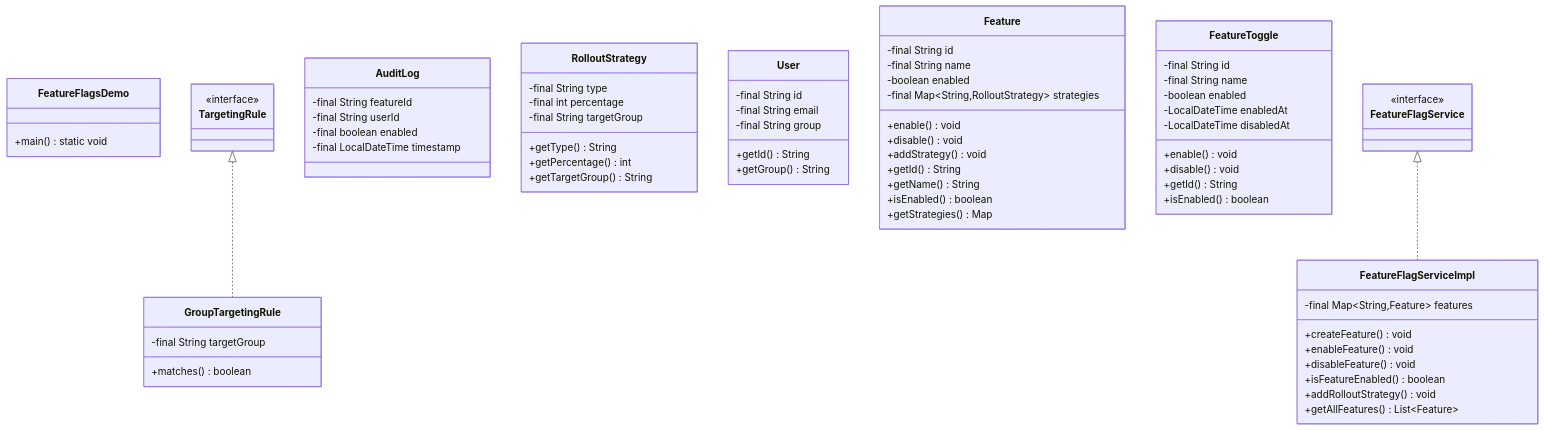
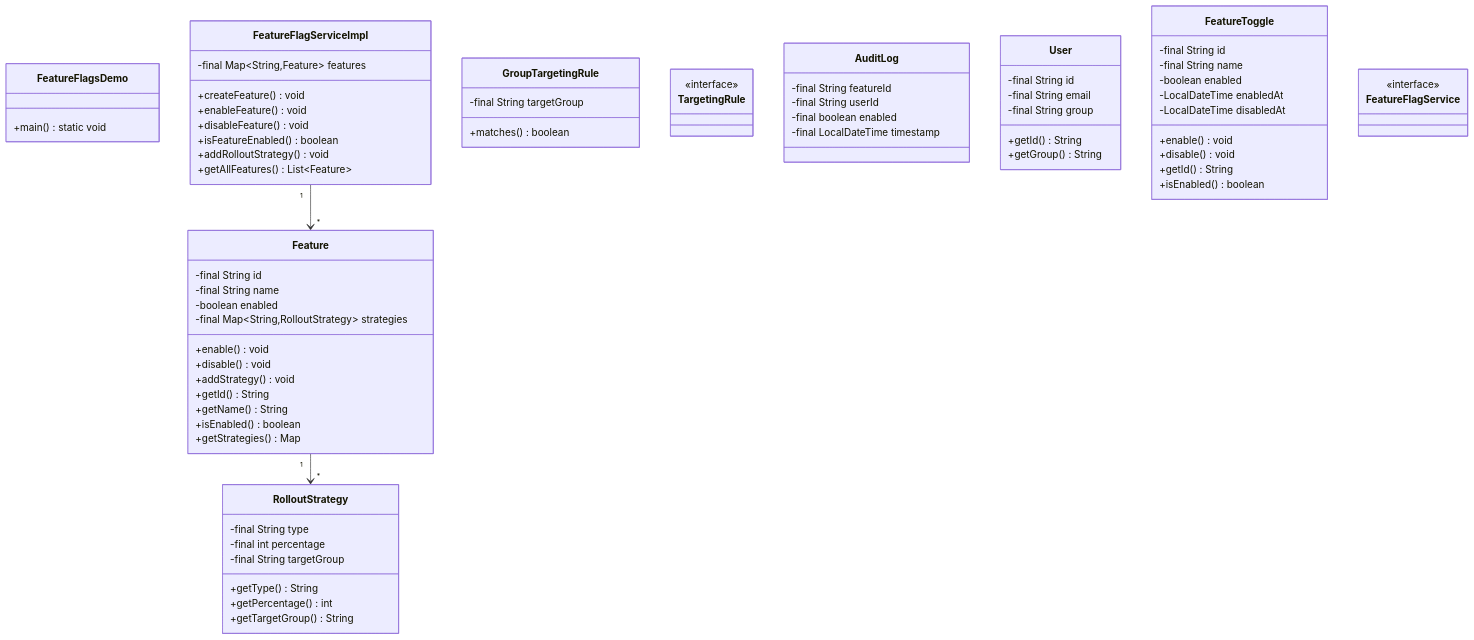
The diagram in docs/problems/featureflags/README.md (dlkr18/lld-playbook), drawn with Mermaid before and after one commit. The commit also changed 119 other files, not shown here.

First line of the commit message:
feat: add comprehensive relationships to all class diagrams

````diff
--- a/docs/problems/featureflags/README.md
+++ b/docs/problems/featureflags/README.md
@@ -79,81 +79,81 @@
 ```mermaid
 classDiagram
 
     class FeatureFlagsDemo {
         +main() static void
     }
 
     class FeatureFlagServiceImpl {
         -final Map~String,Feature~ features
         +createFeature() void
         +enableFeature() void
         +disableFeature() void
         +isFeatureEnabled() boolean
         +addRolloutStrategy() void
         +getAllFeatures() List~Feature~
     }
 
     class GroupTargetingRule {
         -final String targetGroup
         +matches() boolean
     }
 
     class TargetingRule
     <<interface>> TargetingRule
 
     class AuditLog {
         -final String featureId
         -final String userId
         -final boolean enabled
         -final LocalDateTime timestamp
     }
 
     class RolloutStrategy {
         -final String type
         -final int percentage
         -final String targetGroup
         +getType() String
         +getPercentage() int
         +getTargetGroup() String
     }
 
     class User {
         -final String id
         -final String email
         -final String group
         +getId() String
         +getGroup() String
     }
 
     class Feature {
         -final String id
         -final String name
         -boolean enabled
         -final Map~String,RolloutStrategy~ strategies
         +enable() void
         +disable() void
         +addStrategy() void
         +getId() String
         +getName() String
         +isEnabled() boolean
         +getStrategies() Map<String, RolloutStrategy>
     }
 
     class FeatureToggle {
         -final String id
         -final String name
         -boolean enabled
         -LocalDateTime enabledAt
         -LocalDateTime disabledAt
         +enable() void
         +disable() void
         +getId() String
         +isEnabled() boolean
     }
 
     class FeatureFlagService
     <<interface>> FeatureFlagService
 
-    FeatureFlagService <|.. FeatureFlagServiceImpl
-    TargetingRule <|.. GroupTargetingRule
+    FeatureFlagServiceImpl "1" --> "*" Feature
+    Feature "1" --> "*" RolloutStrategy
 ```
````
